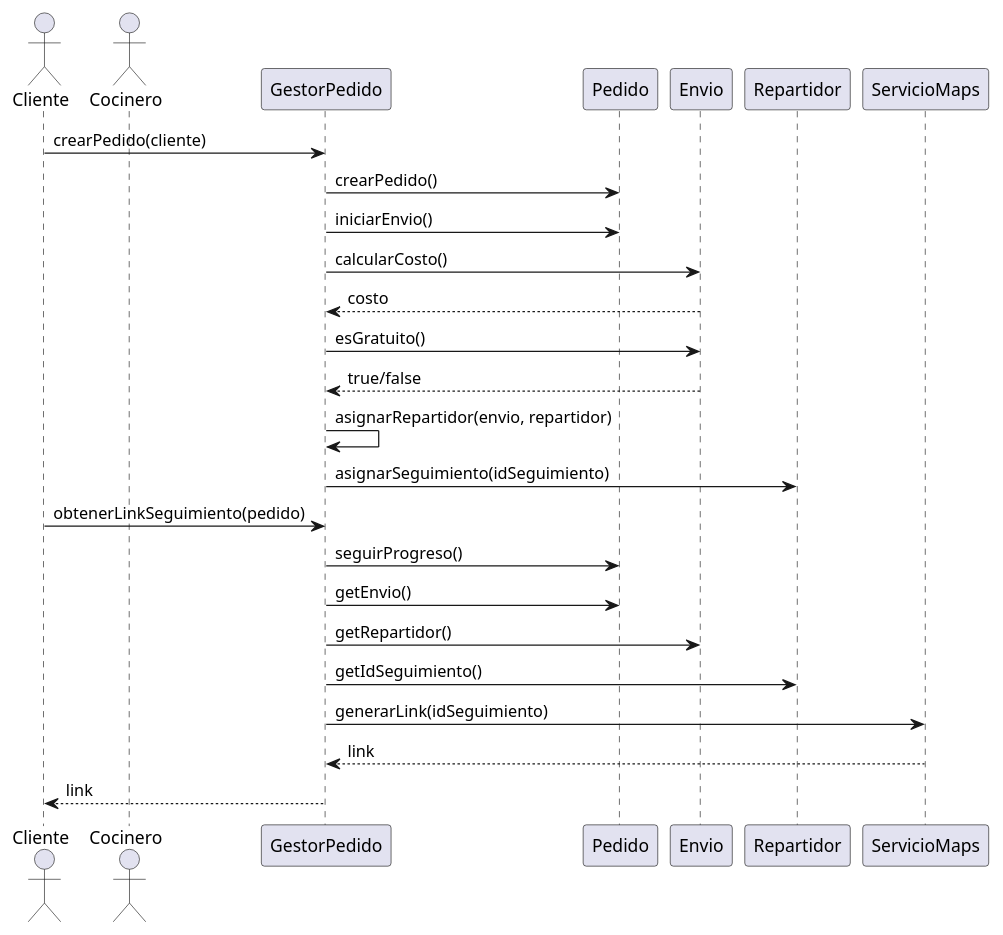
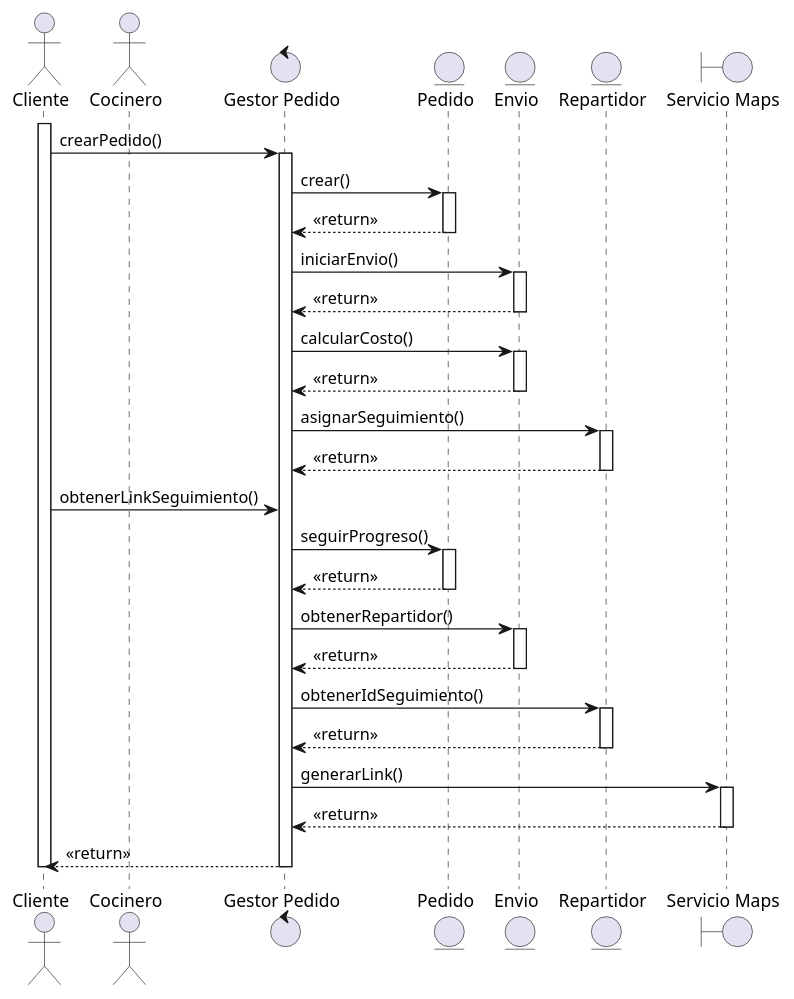
One commit to dabien3/ES25UAB-511-05 changed the diagram in documents/Diagramas Secuencia/CodigoUML/bloq3.pUML. Above: the diagram before and after it, drawn with PlantUML.

```diff
--- a/documents/Diagramas Secuencia/CodigoUML/bloq3.pUML
+++ b/documents/Diagramas Secuencia/CodigoUML/bloq3.pUML
@@ -1,32 +1,60 @@
 @startuml
 actor Cliente
 actor Cocinero
 
-participant GestorPedido
-participant Pedido
-participant Envio
-participant Repartidor
-participant ServicioMaps
+control "Gestor Pedido" as GestorPedido
+entity "Pedido" as Pedido
+entity "Envio" as Envio
+entity "Repartidor" as Repartidor
+boundary "Servicio Maps" as ServicioMaps
 
-Cliente -> GestorPedido : crearPedido(cliente)
-GestorPedido -> Pedido : crearPedido()
-GestorPedido -> Pedido : iniciarEnvio()
+activate Cliente
+Cliente -> GestorPedido : crearPedido()
+activate GestorPedido
+
+GestorPedido -> Pedido : crear()
+activate Pedido
+Pedido --> GestorPedido : <<return>>
+deactivate Pedido
+
+GestorPedido -> Envio : iniciarEnvio()
+activate Envio
+Envio --> GestorPedido : <<return>>
+deactivate Envio
 
 GestorPedido -> Envio : calcularCosto()
-Envio --> GestorPedido : costo
+activate Envio
+Envio --> GestorPedido : <<return>>
+deactivate Envio
 
-GestorPedido -> Envio : esGratuito()
-Envio --> GestorPedido : true/false
+GestorPedido -> Repartidor : asignarSeguimiento()
+activate Repartidor
+Repartidor --> GestorPedido : <<return>>
+deactivate Repartidor
 
-GestorPedido -> GestorPedido : asignarRepartidor(envio, repartidor)
-GestorPedido -> Repartidor : asignarSeguimiento(idSeguimiento)
+Cliente -> GestorPedido : obtenerLinkSeguimiento()
 
-Cliente -> GestorPedido : obtenerLinkSeguimiento(pedido)
 GestorPedido -> Pedido : seguirProgreso()
-GestorPedido -> Pedido : getEnvio()
-GestorPedido -> Envio : getRepartidor()
-GestorPedido -> Repartidor : getIdSeguimiento()
-GestorPedido -> ServicioMaps : generarLink(idSeguimiento)
-ServicioMaps --> GestorPedido : link
-GestorPedido --> Cliente : link
+activate Pedido
+Pedido --> GestorPedido : <<return>>
+deactivate Pedido
+
+GestorPedido -> Envio : obtenerRepartidor()
+activate Envio
+Envio --> GestorPedido : <<return>>
+deactivate Envio
+
+GestorPedido -> Repartidor : obtenerIdSeguimiento()
+activate Repartidor
+Repartidor --> GestorPedido : <<return>>
+deactivate Repartidor
+
+GestorPedido -> ServicioMaps : generarLink()
+activate ServicioMaps
+ServicioMaps --> GestorPedido : <<return>>
+deactivate ServicioMaps
+
+GestorPedido --> Cliente : <<return>>
+deactivate GestorPedido
+deactivate Cliente
 @enduml
```
